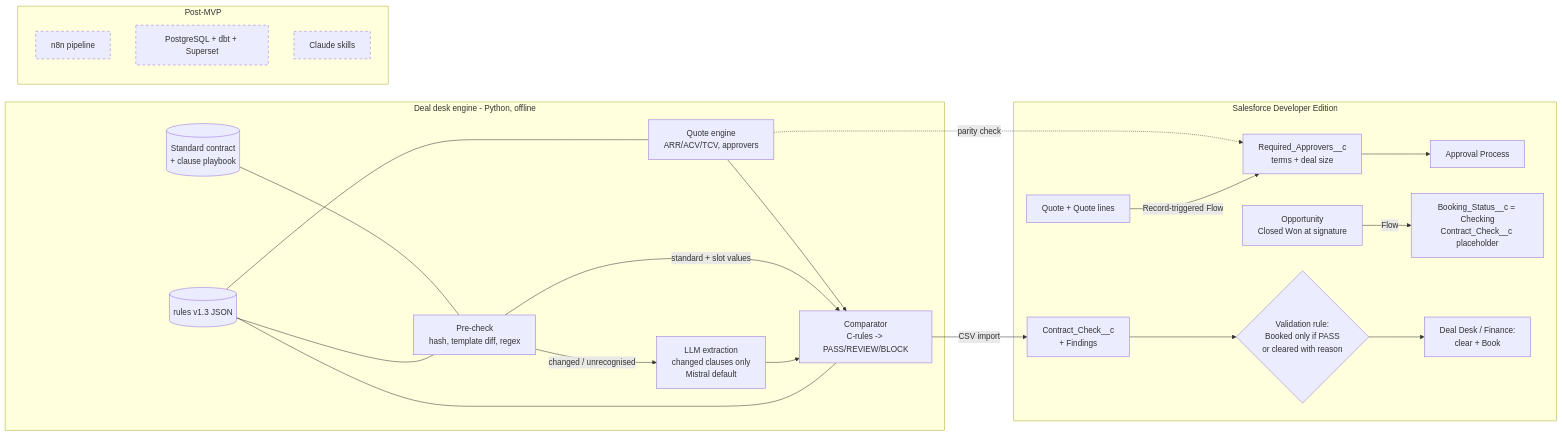
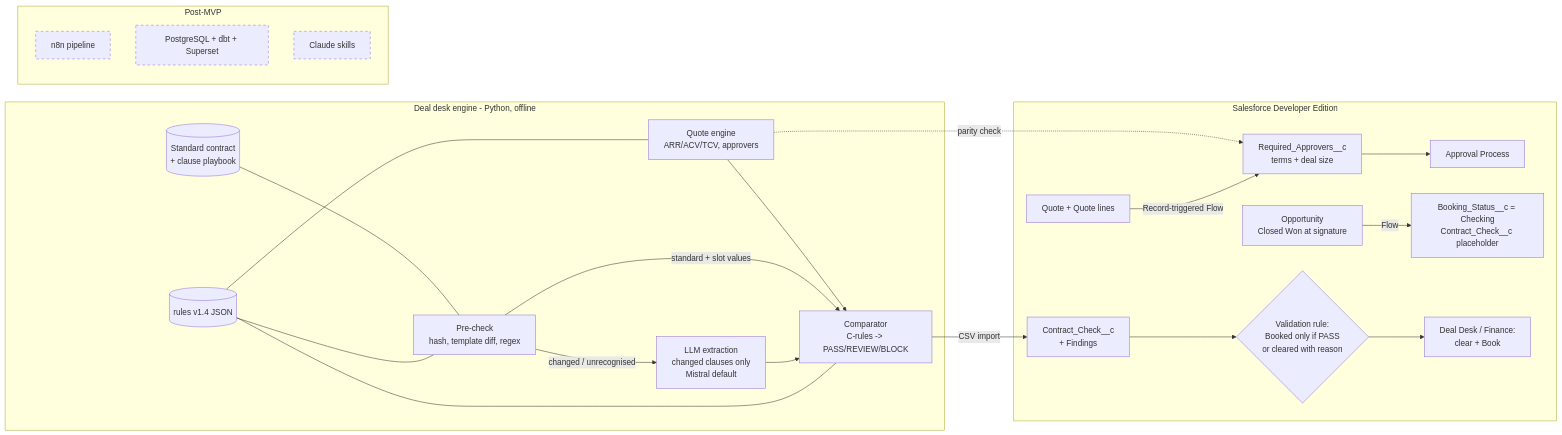
Before and after one commit to raduteodoriu-stack/deal-desk-check: the diagram in docs/cards/06_architecture.md, drawn with Mermaid. The commit also changed 13 other files, not shown here.

````diff
--- a/docs/cards/06_architecture.md
+++ b/docs/cards/06_architecture.md
@@ -6,32 +6,32 @@
 ```mermaid
 flowchart LR
   subgraph SF[Salesforce Developer Edition]
     Q[Quote + Quote lines] -->|Record-triggered Flow| T[Required_Approvers__c<br/>terms + deal size]
     T --> AP[Approval Process]
     OPP[Opportunity<br/>Closed Won at signature] -->|Flow| BS[Booking_Status__c = Checking<br/>Contract_Check__c placeholder]
     CC[Contract_Check__c<br/>+ Findings]
     G{Validation rule:<br/>Booked only if PASS<br/>or cleared with reason}
     BK[Deal Desk / Finance:<br/>clear + Book]
   end
   subgraph ENG[Deal desk engine - Python, offline]
-    R[(rules v1.3 JSON)]
+    R[(rules v1.4 JSON)]
     QE[Quote engine<br/>ARR/ACV/TCV, approvers]
     PC[Pre-check<br/>hash, template diff, regex]
     EX[LLM extraction<br/>changed clauses only<br/>Mistral default]
     CMP[Comparator<br/>C-rules -> PASS/REVIEW/BLOCK]
     PB[(Standard contract<br/>+ clause playbook)]
   end
   R --- QE & PC & CMP
   PB --- PC
   PC -->|changed / unrecognised| EX --> CMP
   PC -->|standard + slot values| CMP
   QE --> CMP
   CMP -->|CSV import| CC --> G --> BK
   QE -.->|parity check| T
   subgraph LATER[Post-MVP]
     N8N[n8n pipeline]:::later
     AN[PostgreSQL + dbt + Superset]:::later
     SK[Claude skills]:::later
   end
   classDef later stroke-dasharray: 5 5
 ```
````
